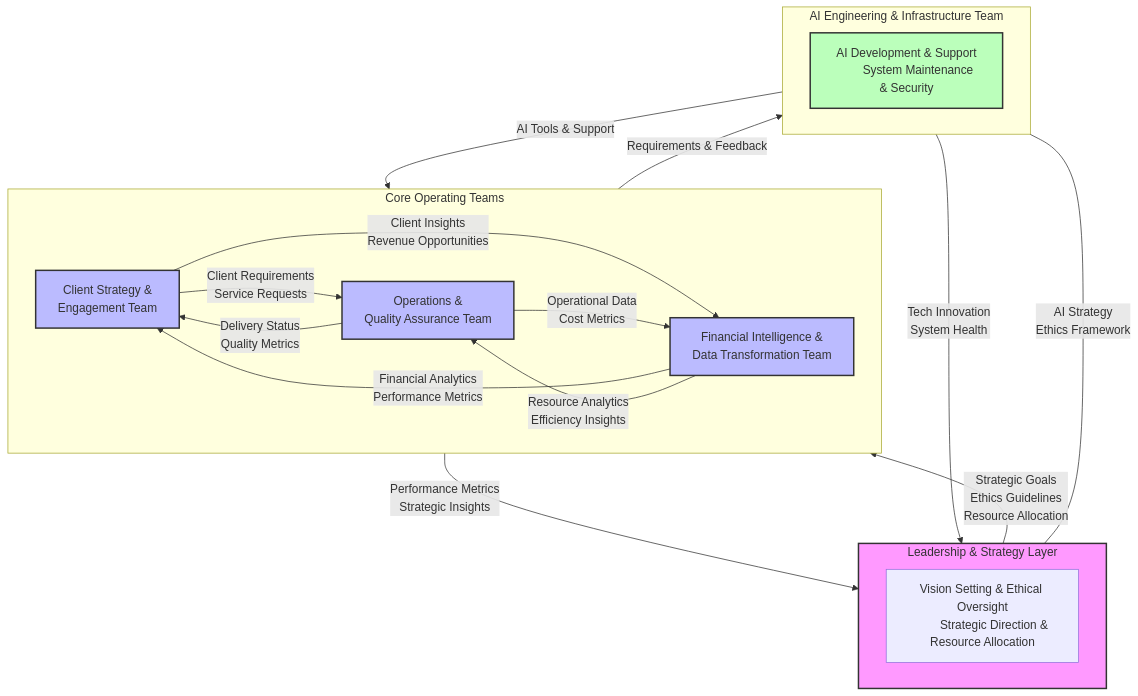
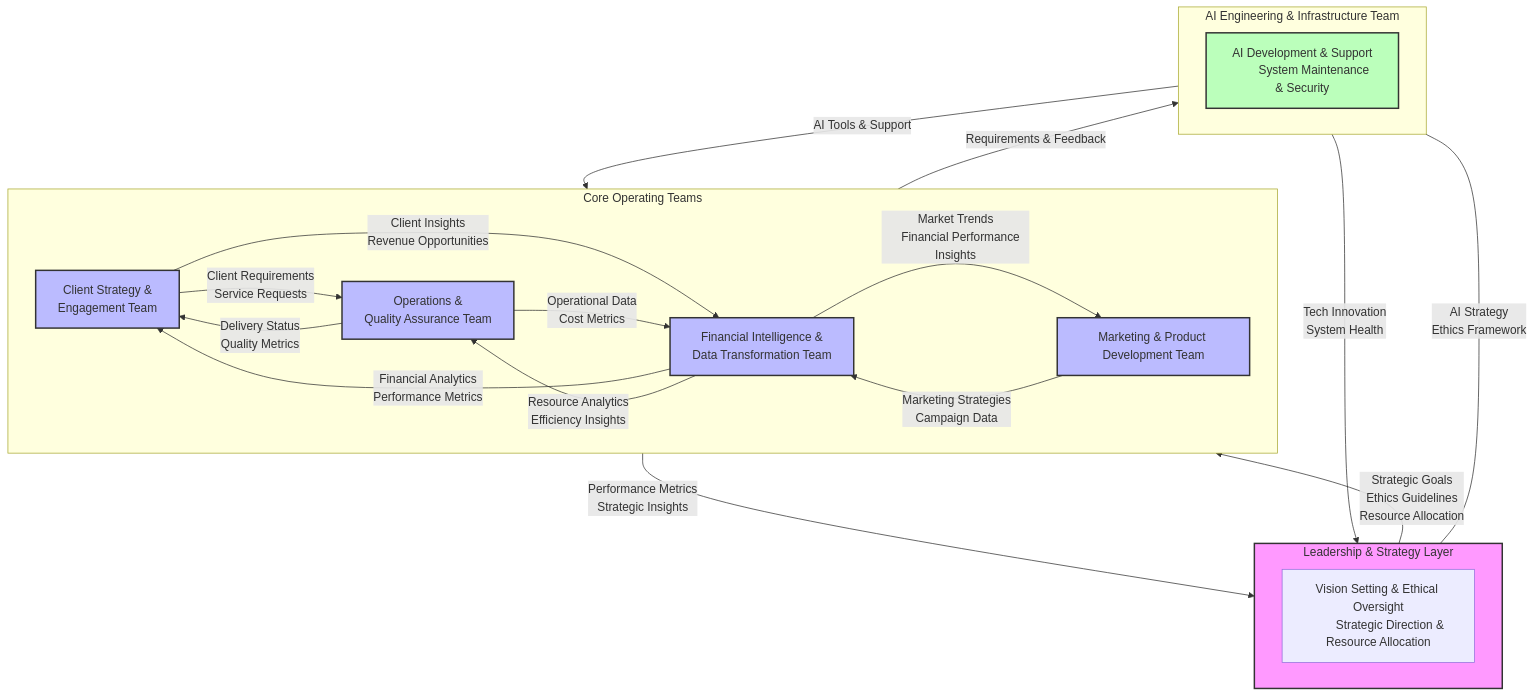
One commit to tsp1399/5-Core-Organisational-Structure changed the diagram in 5 Core Team Structure.md. Above: the diagram before and after it, drawn with Mermaid. The commit also changed other lines of this file, not shown here.

Commit message:
Update 5 Core Team Structure.md

````diff
--- a/5 Core Team Structure.md
+++ b/5 Core Team Structure.md
@@ -152,63 +170,69 @@
 ```mermaid
 flowchart TD
     subgraph LS["Leadership & Strategy Layer"]
         LSN["Vision Setting & Ethical Oversight
         Strategic Direction & Resource Allocation"]
     end
 
     subgraph Core["Core Operating Teams"]
         direction LR
         CSE["Client Strategy &
         Engagement Team"]
+        MKT["Marketing & Product Development Team"]
         OQA["Operations &
         Quality Assurance Team"]
         FID["Financial Intelligence &
         Data Transformation Team"]
     end
 
     subgraph AI["AI Engineering & Infrastructure Team"]
         AIT["AI Development & Support
         System Maintenance & Security"]
     end
 
     %% Leadership interactions
     LS --> |"Strategic Goals
     Ethics Guidelines
     Resource Allocation"| Core
     LS ---|"AI Strategy
     Ethics Framework"| AI
 
     %% Core team interactions
     CSE -->|"Client Requirements
     Service Requests"| OQA
     OQA -->|"Delivery Status
     Quality Metrics"| CSE
     
     CSE -->|"Client Insights
     Revenue Opportunities"| FID
     FID -->|"Financial Analytics
     Performance Metrics"| CSE
     
+    MKT -->|"Marketing Strategies
+    Campaign Data"| FID
+    FID -->|"Market Trends
+    Financial Performance Insights"| MKT
+
     OQA -->|"Operational Data
     Cost Metrics"| FID
     FID -->|"Resource Analytics
     Efficiency Insights"| OQA
 
     %% AI team support flows
     AI -->|"AI Tools & Support"| Core
     Core -->|"Requirements & Feedback"| AI
     
     %% Feedback to Leadership
     Core -->|"Performance Metrics
     Strategic Insights"| LS
     AI -->|"Tech Innovation
     System Health"| LS
 
     classDef leadership fill:#f9f,stroke:#333,stroke-width:2px
     classDef core fill:#bbf,stroke:#333,stroke-width:2px
     classDef ai fill:#bfb,stroke:#333,stroke-width:2px
     
     class LS leadership
-    class CSE,OQA,FID core
+    class CSE,MKT,OQA,FID core
     class AIT ai
 ```
````
